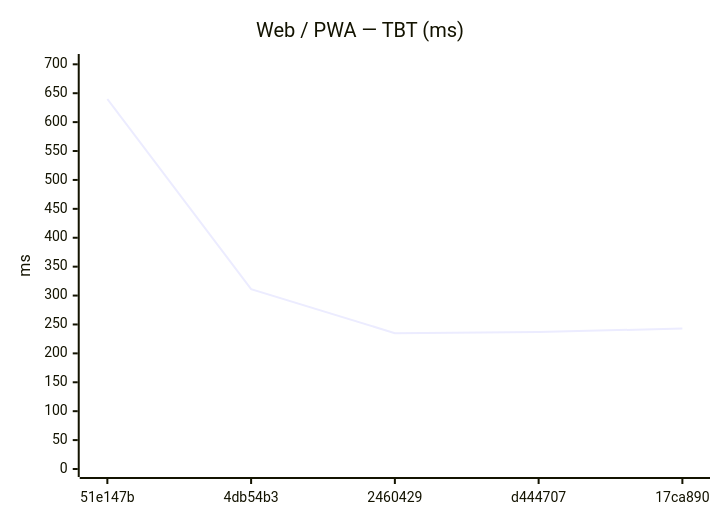
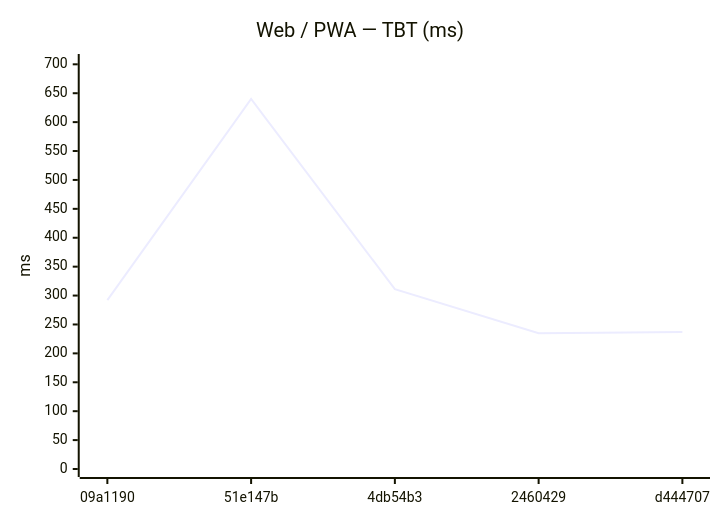
One commit to Metaheurist/Rianell changed the eighth of 18 diagrams in benchmarks/compare.md. Above: the diagram before and after it, drawn with Mermaid. The commit also changed other lines of this file and 11 other files, not shown here.

````diff
--- a/benchmarks/compare.md
+++ b/benchmarks/compare.md
@@ -124,7 +124,7 @@
 ```mermaid
 xychart-beta
     title "Web / PWA — TBT (ms)"
-    x-axis ["51e147b", "4db54b3", "2460429", "d444707", "17ca890"]
+    x-axis ["09a1190", "51e147b", "4db54b3", "2460429", "d444707"]
     y-axis "ms" 0 --> 704
-    line [640, 311, 235, 237, 243]
+    line [292, 640, 311, 235, 237]
 ```
````
